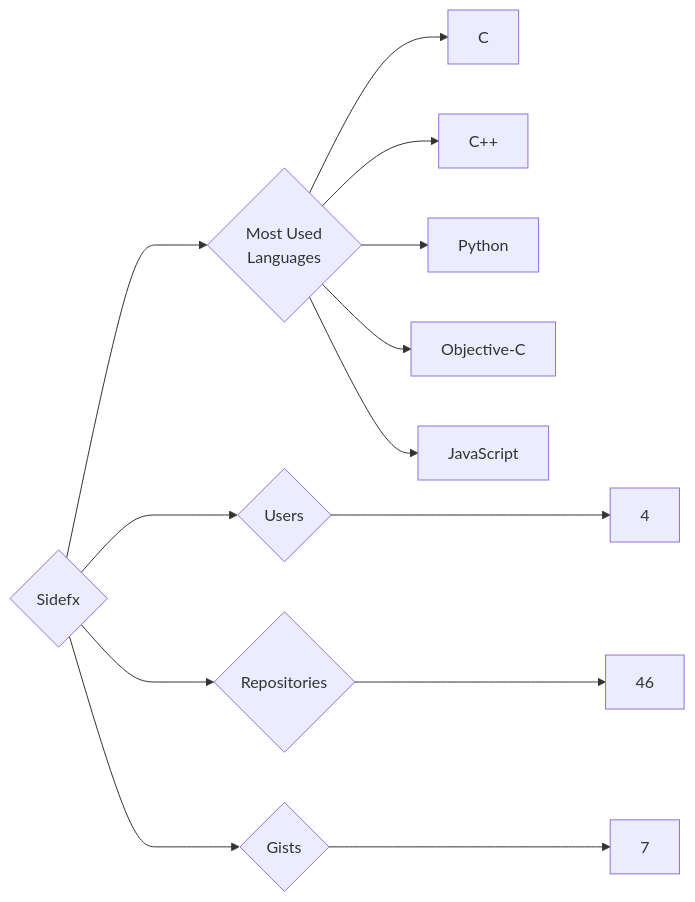
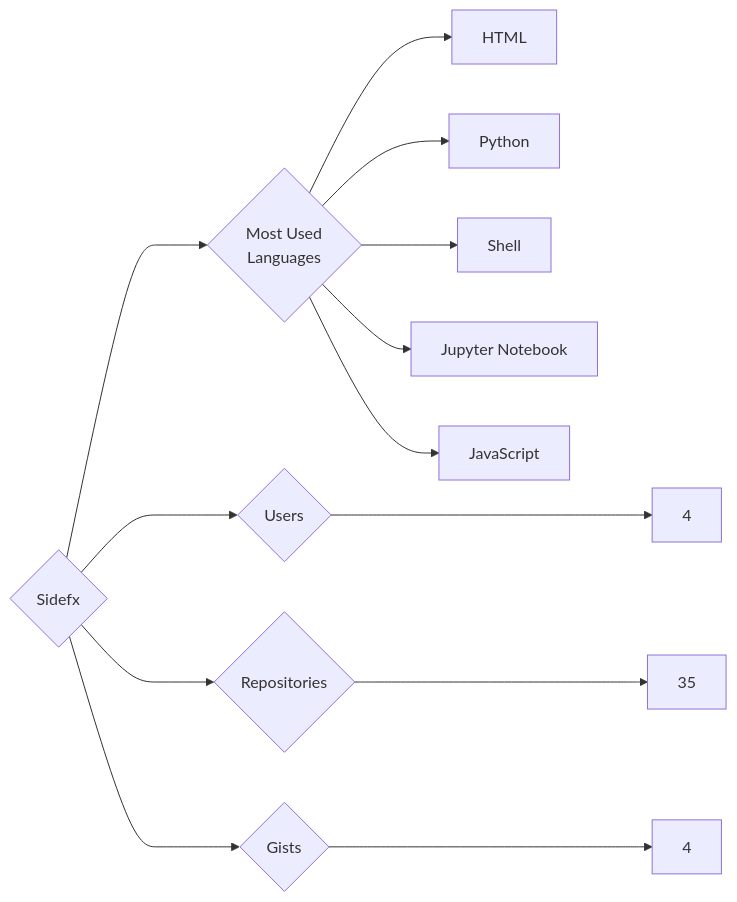
Before and after one commit to trickest/insiders: the diagram in targets/Sidefx/README.md, drawn with Mermaid. The commit also changed 794 other files, not shown here.

````diff
--- a/targets/Sidefx/README.md
+++ b/targets/Sidefx/README.md
@@ -3,13 +3,13 @@
 ```mermaid
 graph LR
 COMPANY_NAME{Sidefx}
 COMPANY_NAME ---> U{Users} ---> UN[4]
-COMPANY_NAME ---> R{Repositories} ---> RN[46]
-COMPANY_NAME ---> G{Gists} ---> GN[7]
+COMPANY_NAME ---> R{Repositories} ---> RN[35]
+COMPANY_NAME ---> G{Gists} ---> GN[4]
 COMPANY_NAME ---> ML{Most Used<br>Languages}
-ML --> C[C]
-ML --> C++[C++]
+ML --> HTML[HTML]
 ML --> Python[Python]
-ML --> Objective-C[Objective-C]
+ML --> Shell[Shell]
+ML --> Jupyter_Notebook[Jupyter Notebook]
 ML --> JavaScript[JavaScript]
 ```
````
